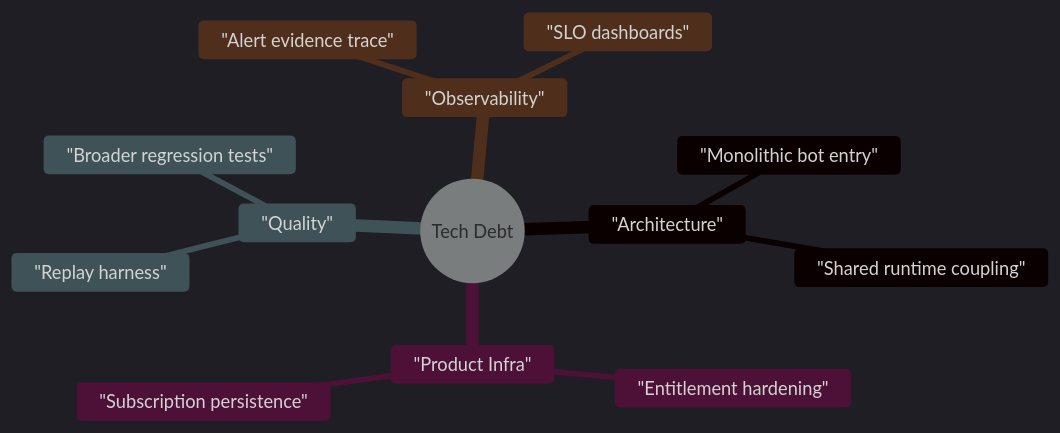
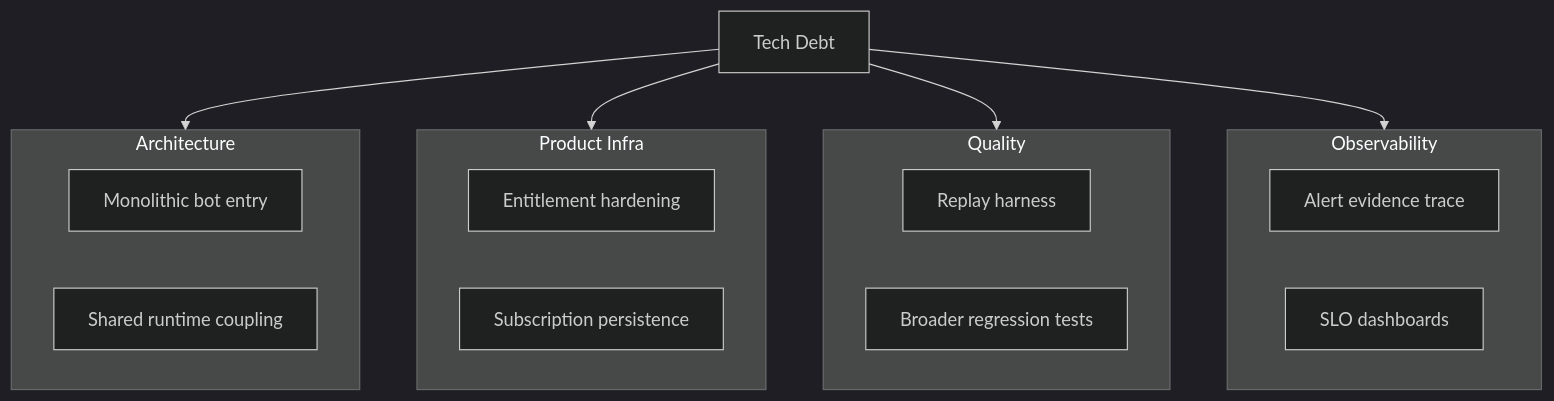
The diagram in docs/TECH_DEBT.md (ivanmladek/PolyWeather), drawn with Mermaid (dark theme) before and after one commit. The commit also changed 5 other files, not shown here.

Commit message:
feat: enhance project documentation with new overview diagrams, commercialization roadmap, and technical debt backlog.

````diff
--- a/docs/TECH_DEBT.md
+++ b/docs/TECH_DEBT.md
@@ -9,16 +9,29 @@
 ```mermaid
-mindmap
-  root((Tech Debt))
-    "Architecture"
-      "Monolithic bot entry"
-      "Shared runtime coupling"
-    "Product Infra"
-      "Entitlement hardening"
-      "Subscription persistence"
-    "Quality"
-      "Replay harness"
-      "Broader regression tests"
-    "Observability"
-      "Alert evidence trace"
-      "SLO dashboards"
+flowchart TD
+    A["Tech Debt"]
+
+    subgraph AR["Architecture"]
+        AR1["Monolithic bot entry"]
+        AR2["Shared runtime coupling"]
+    end
+
+    subgraph PI["Product Infra"]
+        PI1["Entitlement hardening"]
+        PI2["Subscription persistence"]
+    end
+
+    subgraph Q["Quality"]
+        Q1["Replay harness"]
+        Q2["Broader regression tests"]
+    end
+
+    subgraph O["Observability"]
+        O1["Alert evidence trace"]
+        O2["SLO dashboards"]
+    end
+
+    A --> AR
+    A --> PI
+    A --> Q
+    A --> O
 ```
````
